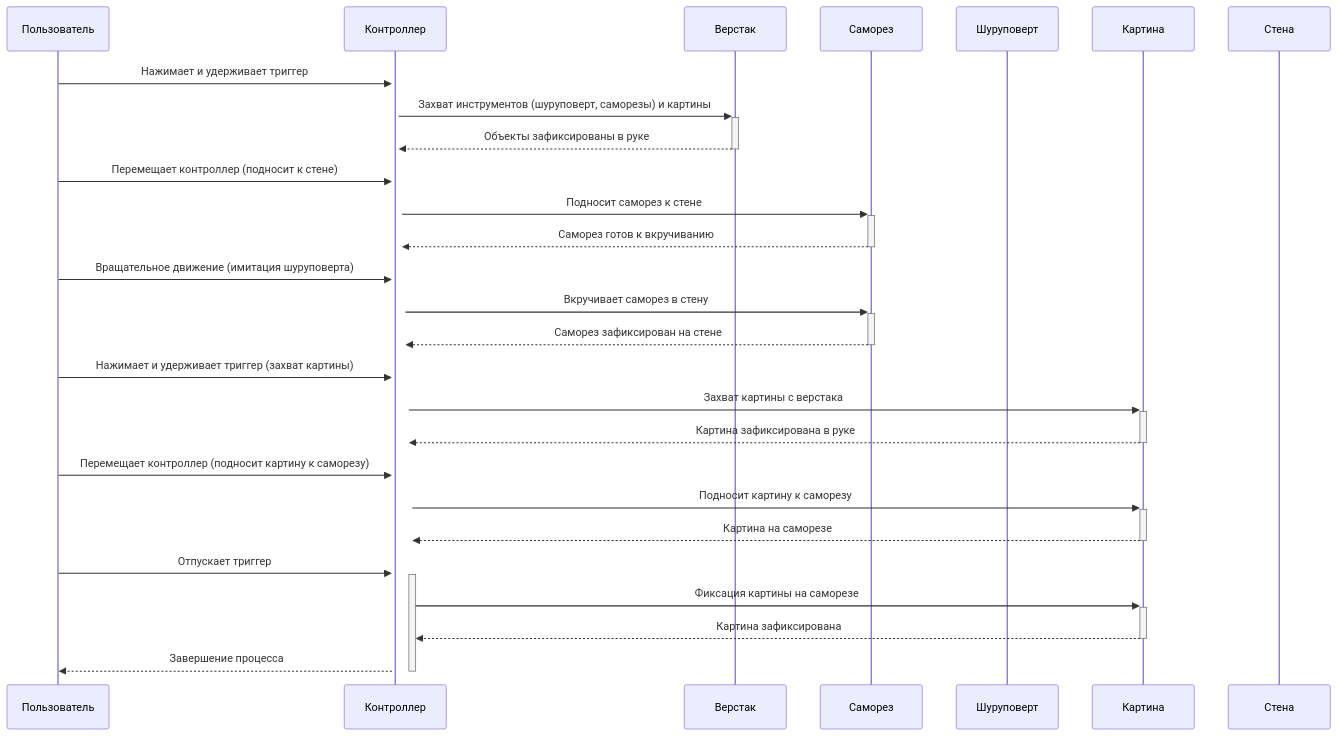
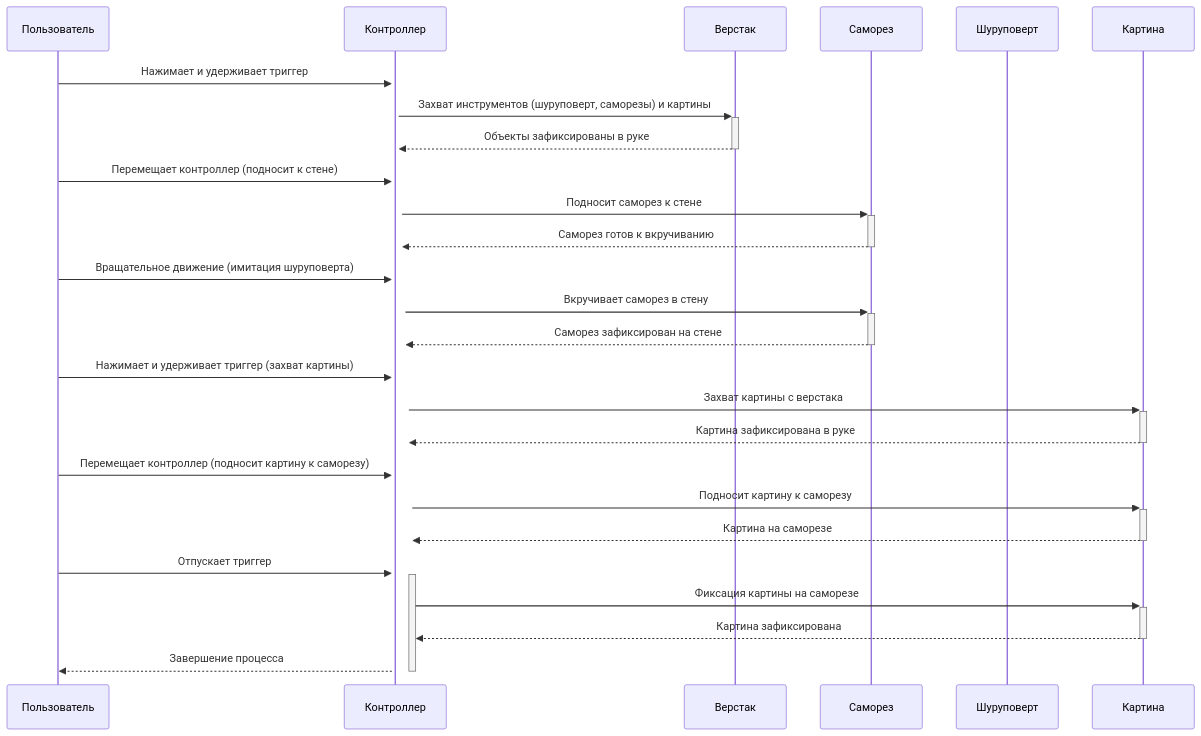
One commit to NerdyCep/iodraw-files changed the diagram in all/не называться-1.md. Above: the diagram before and after it, drawn with Mermaid.

Commit message:
2025-02-25 18:22:17 update

````diff
--- a/all/не называться-1.md
+++ b/all/не называться-1.md
@@ -1,30 +1,30 @@
 ```mermaid
 sequenceDiagram
     participant Пользователь
     participant Контроллер
     participant Верстак
     participant Саморез
     participant Шуруповерт
     participant Картина
-    participant Стена
+    
 
     Пользователь->>+Контроллер: Нажимает и удерживает триггер
     Контроллер->>+Верстак: Захват инструментов (шуруповерт, саморезы) и картины
     Верстак-->>-Контроллер: Объекты зафиксированы в руке
     Пользователь->>+Контроллер: Перемещает контроллер (подносит к стене)
     Контроллер->>+Саморез: Подносит саморез к стене
     Саморез-->>-Контроллер: Саморез готов к вкручиванию
     Пользователь->>+Контроллер: Вращательное движение (имитация шуруповерта)
     Контроллер->>+Саморез: Вкручивает саморез в стену
     Саморез-->>-Контроллер: Саморез зафиксирован на стене
     Пользователь->>+Контроллер: Нажимает и удерживает триггер (захват картины)
     Контроллер->>+Картина: Захват картины с верстака
     Картина-->>-Контроллер: Картина зафиксирована в руке
     Пользователь->>+Контроллер: Перемещает контроллер (подносит картину к саморезу)
     Контроллер->>+Картина: Подносит картину к саморезу
     Картина-->>-Контроллер: Картина на саморезе
     Пользователь->>+Контроллер: Отпускает триггер
     Контроллер->>+Картина: Фиксация картины на саморезе
     Картина-->>-Контроллер: Картина зафиксирована
     Контроллер-->>-Пользователь: Завершение процесса
 ```
````
